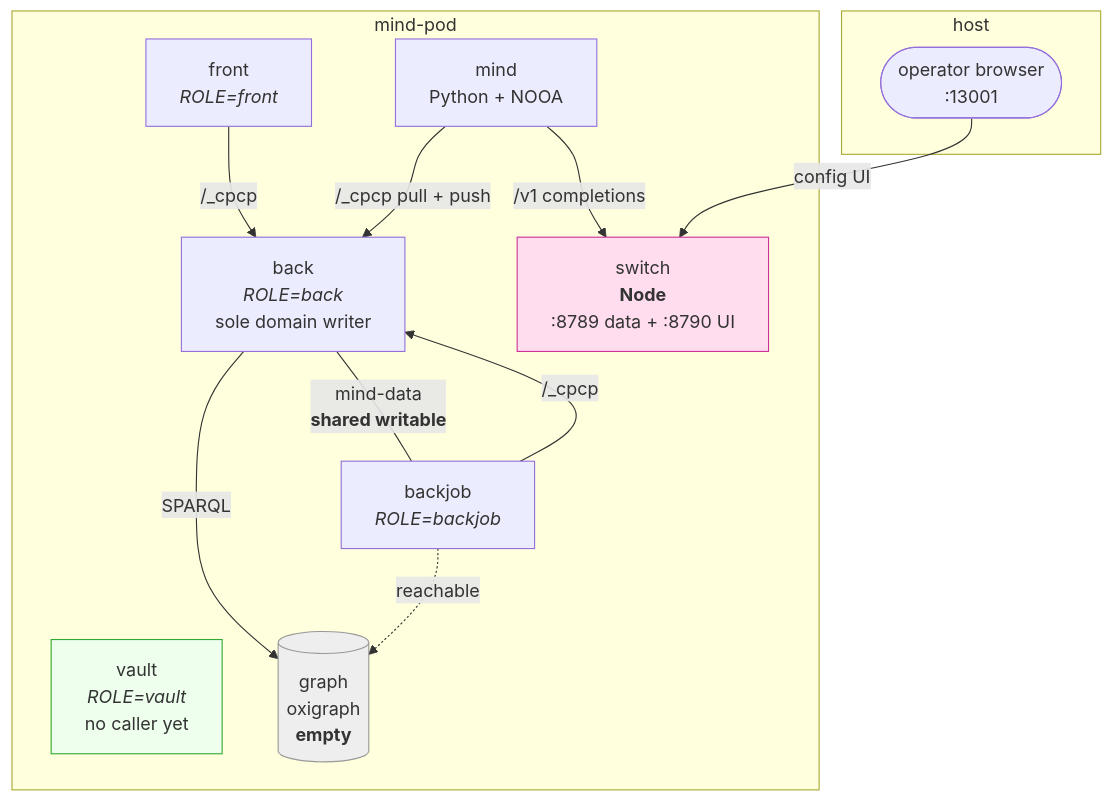
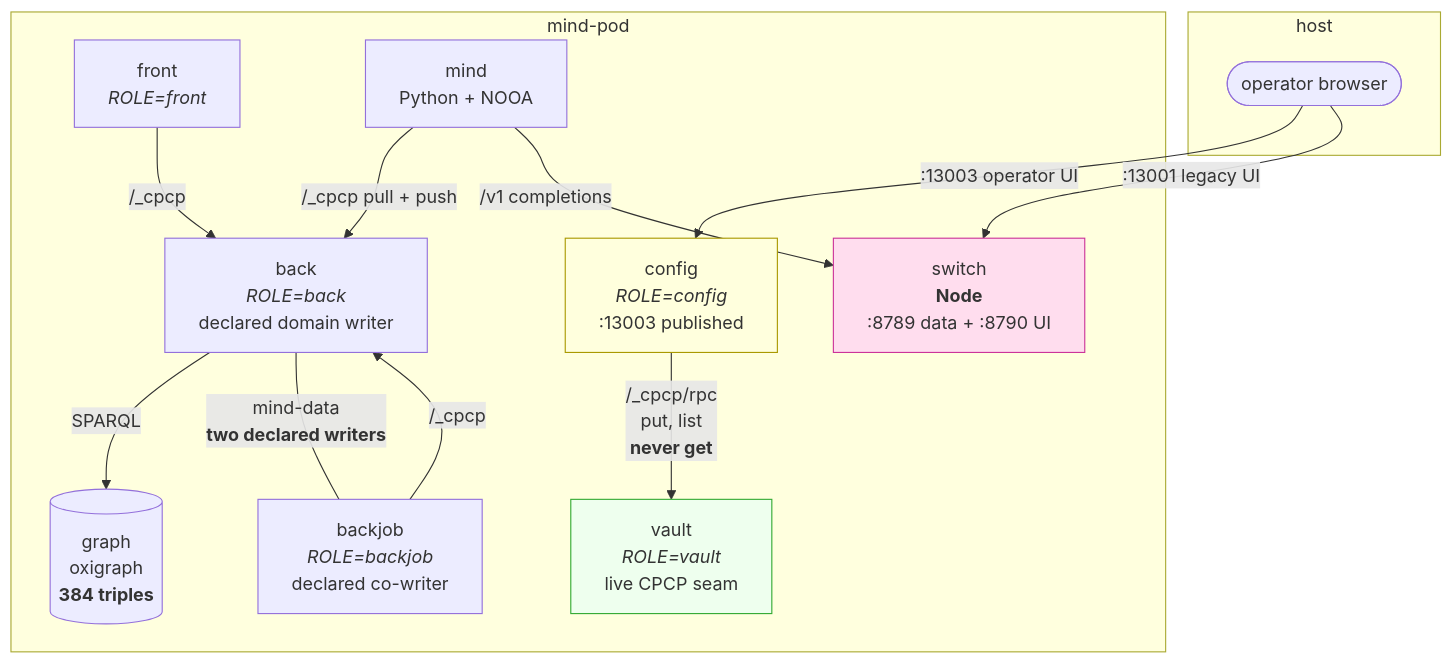
One commit to laquereric/magentic-stack changed the first of 6 diagrams in docs/architecture/ContainerTopology.md. Above: the diagram before and after it, drawn with Mermaid. The commit also changed other lines of this file, not shown here.

````diff
--- a/docs/architecture/ContainerTopology.md
+++ b/docs/architecture/ContainerTopology.md
@@ -22,27 +33,29 @@
 ```mermaid
 graph TB
   subgraph host["host"]
-    H(["operator browser<br/>:13001"])
+    H(["operator browser"])
   end
   subgraph pod["mind-pod"]
+    CONFIG["config<br/><i>ROLE=config</i><br/>:13003 published"]
     FRONT["front<br/><i>ROLE=front</i>"]
-    BACK["back<br/><i>ROLE=back</i><br/>sole domain writer"]
-    BACKJOB["backjob<br/><i>ROLE=backjob</i>"]
-    VAULT["vault<br/><i>ROLE=vault</i><br/>no caller yet"]
+    BACK["back<br/><i>ROLE=back</i><br/>declared domain writer"]
+    BACKJOB["backjob<br/><i>ROLE=backjob</i><br/>declared co-writer"]
+    VAULT["vault<br/><i>ROLE=vault</i><br/>live CPCP seam"]
     MIND["mind<br/>Python + NOOA"]
     SWITCH["switch<br/><b>Node</b><br/>:8789 data + :8790 UI"]
-    GRAPH[("graph<br/>oxigraph<br/><b>empty</b>")]
+    GRAPH[("graph<br/>oxigraph<br/><b>384 triples</b>")]
   end
-  H -->|"config UI"| SWITCH
+  H -->|":13003 operator UI"| CONFIG
+  H -->|":13001 legacy UI"| SWITCH
+  CONFIG -->|"/_cpcp/rpc<br/>put, list<br/><b>never get</b>"| VAULT
   FRONT -->|"/_cpcp"| BACK
   BACKJOB -->|"/_cpcp"| BACK
   MIND -->|"/_cpcp pull + push"| BACK
   MIND -->|"/v1 completions"| SWITCH
   BACK -->|"SPARQL"| GRAPH
-  BACKJOB -.->|"reachable"| GRAPH
-  BACK ---|"mind-data<br/><b>shared writable</b>"| BACKJOB
+  BACK ---|"mind-data<br/><b>two declared writers</b>"| BACKJOB
 
   style SWITCH fill:#fde,stroke:#c39
   style VAULT fill:#efe,stroke:#3a3
-  style GRAPH fill:#eee,stroke:#999
+  style CONFIG fill:#ffd,stroke:#a90
 ```
````
